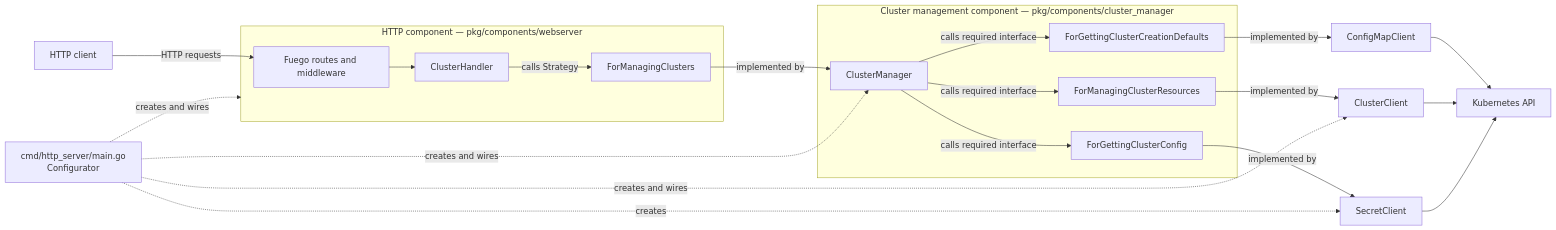
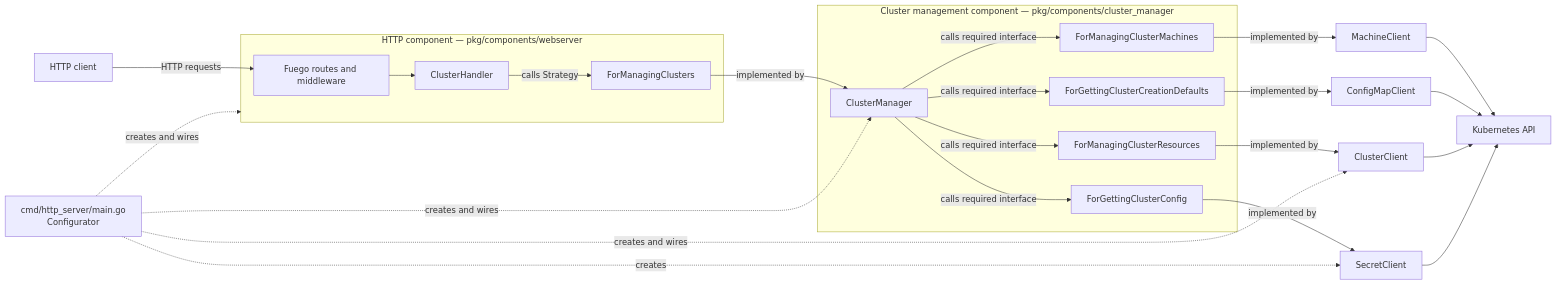
One commit to vatesfr/vmk-engine changed the diagram in architecture.md. Above: the diagram before and after it, drawn with Mermaid. The commit also changed other lines of this file and 19 other files, not shown here.

````diff
--- a/architecture.md
+++ b/architecture.md
@@ -53,32 +53,36 @@
 ```mermaid
 flowchart LR
     client[HTTP client] -->|HTTP requests| fuego[Fuego routes and middleware]
 
     subgraph http[HTTP component — pkg/components/webserver]
         fuego --> handlers[ClusterHandler]
         handlers -->|calls Strategy| port[ForManagingClusters]
     end
 
     subgraph clustercomponent[Cluster management component — pkg/components/cluster_manager]
         manager[ClusterManager]
         clusterport[ForManagingClusterResources]
         configport[ForGettingClusterConfig]
+        machinesport[ForManagingClusterMachines]
+        manager -->|calls required interface| machinesport
         defaultsport[ForGettingClusterCreationDefaults]
         manager -->|calls required interface| clusterport
         manager -->|calls required interface| configport
         manager -->|calls required interface| defaultsport
     end
 
     port -->|implemented by| manager
     clusterport -->|implemented by| clusters[ClusterClient]
     configport -->|implemented by| secrets[SecretClient]
     defaultsport -->|implemented by| defaults[ConfigMapClient]
+    machinesport -->|implemented by| machines[MachineClient]
+    machines --> api
     defaults --> api
     clusters --> api[Kubernetes API]
     secrets --> api
 
     configurator[cmd/http_server/main.go\nConfigurator] -. creates and wires .-> http
     configurator -. creates and wires .-> manager
     configurator -. creates and wires .-> clusters
     configurator -. creates .-> secrets
 ```
````
